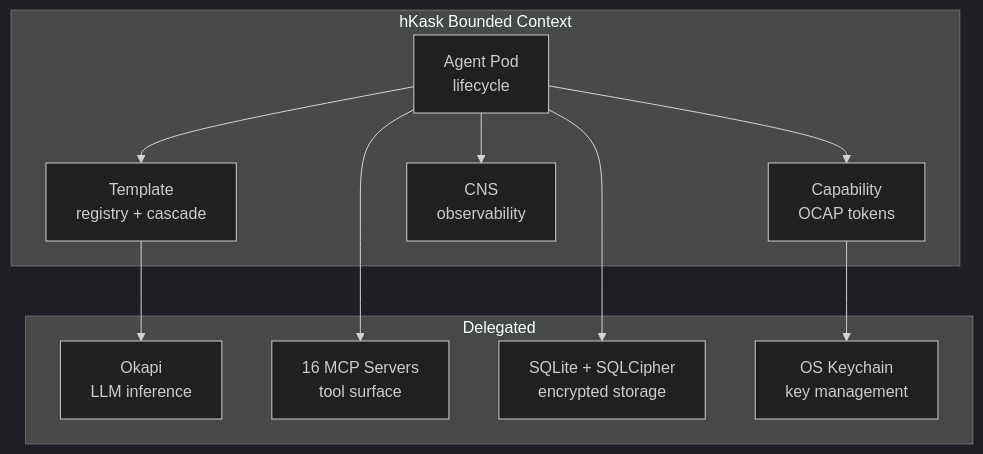
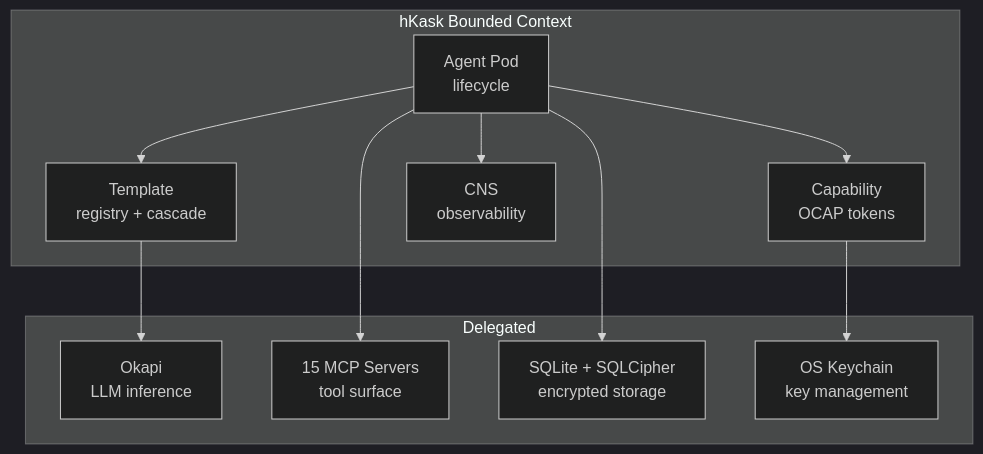
Before and after one commit to mdz-axo/hKask: the first of 4 diagrams in docs/architecture/domain-and-capability.md, drawn with Mermaid (dark theme). The commit also changed other lines of this file and 12 other files, not shown here.

````diff
--- a/docs/architecture/domain-and-capability.md
+++ b/docs/architecture/domain-and-capability.md
@@ -37,24 +37,24 @@
 ```mermaid
 graph TD
     subgraph BoundedContext["hKask Bounded Context"]
         POD["Agent Pod<br/>lifecycle"]
         CAP["Capability<br/>OCAP tokens"]
         TPL["Template<br/>registry + cascade"]
         CNS["CNS<br/>observability"]
     end
 
     subgraph Delegated["Delegated"]
         OKAPI["Okapi<br/>LLM inference"]
-        MCP_EXT["16 MCP Servers<br/>tool surface"]
+        MCP_EXT["15 MCP Servers<br/>tool surface"]
         SQLITE["SQLite + SQLCipher<br/>encrypted storage"]
         KEYCHAIN["OS Keychain<br/>key management"]
     end
 
     POD --> CAP
     POD --> TPL
     POD --> CNS
     TPL --> OKAPI
     POD --> MCP_EXT
     POD --> SQLITE
     CAP --> KEYCHAIN
 ```
````
